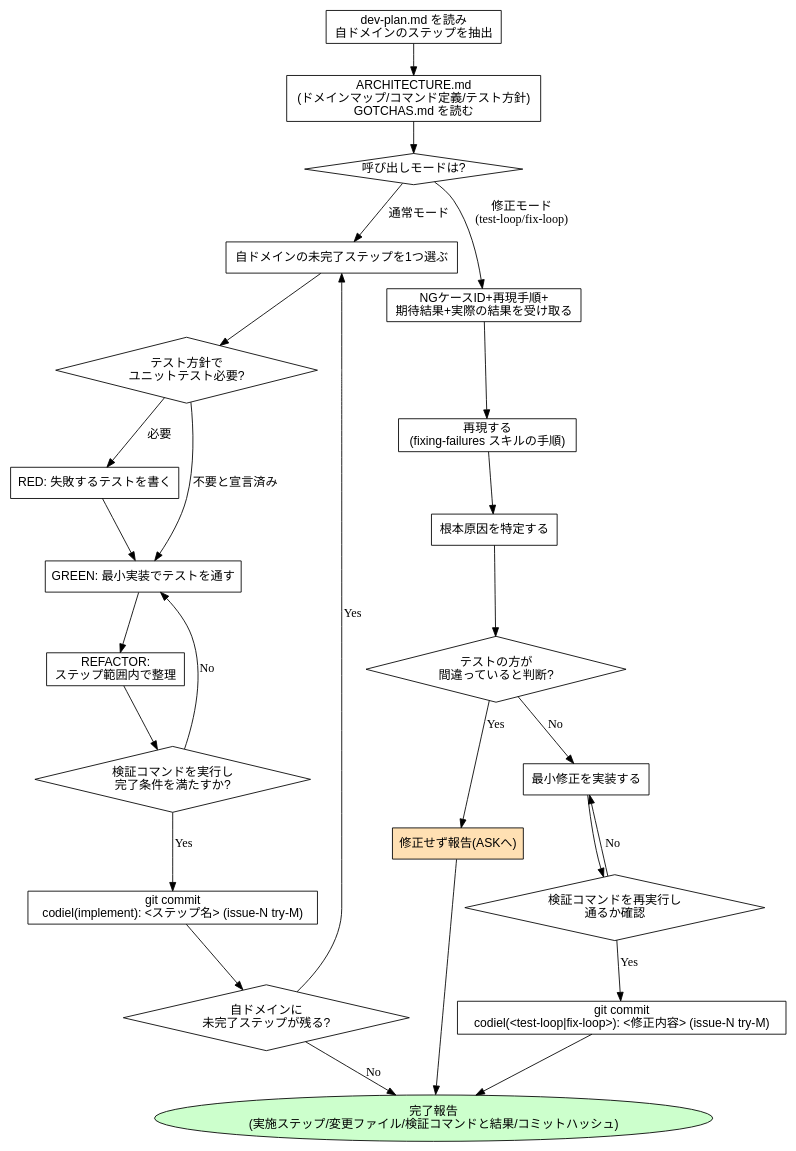
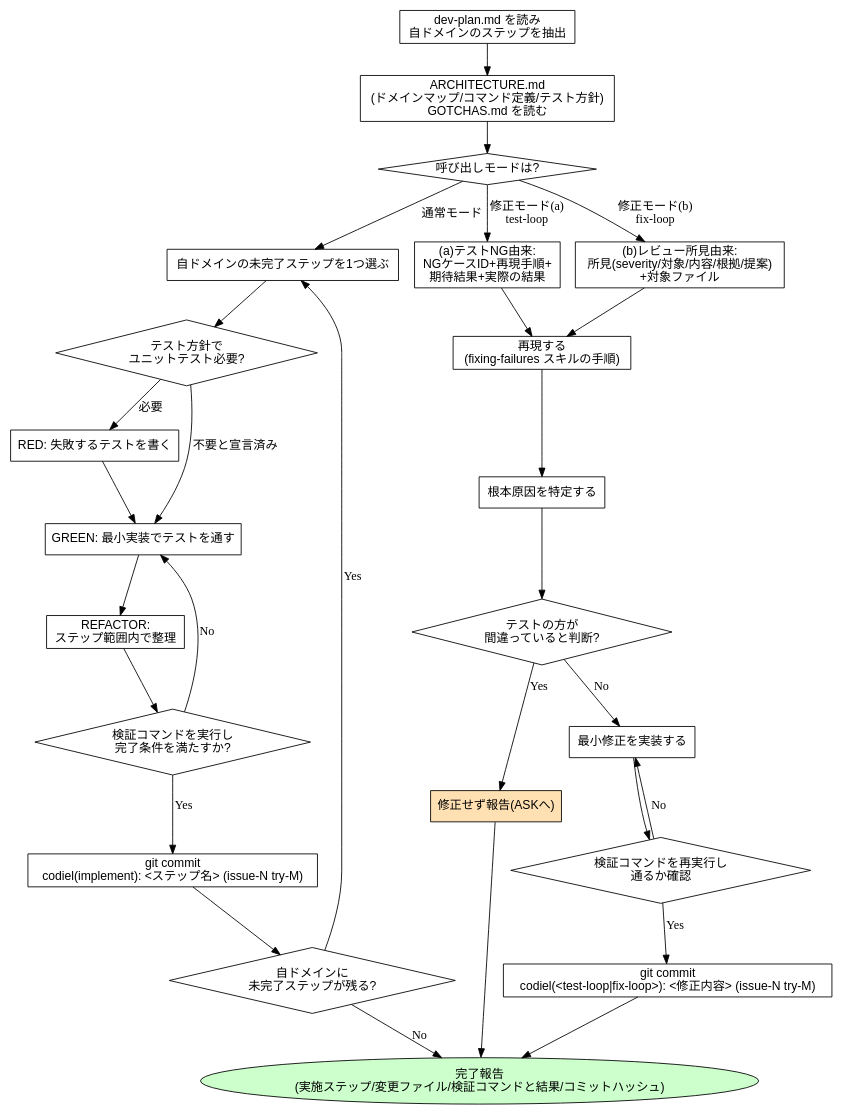
Before and after one commit to Amatsuka-kobo/amatsuka-claude-plugins: the diagram in plugins/codiel/skills/implementing/SKILL.md, drawn with Graphviz. The commit also changed other lines of this file and 3 other files, not shown here.

````diff
--- a/plugins/codiel/skills/implementing/SKILL.md
+++ b/plugins/codiel/skills/implementing/SKILL.md
@@ -108,53 +113,57 @@
 ```dot
 digraph implementing {
   rankdir=TB;
   node [fontname="sans-serif"];
 
   read_plan [label="dev-plan.md を読み\n自ドメインのステップを抽出", shape=box];
   read_arch [label="ARCHITECTURE.md\n(ドメインマップ/コマンド定義/テスト方針)\nGOTCHAS.md を読む", shape=box];
   mode [label="呼び出しモードは?", shape=diamond];
 
   next_step [label="自ドメインの未完了ステップを1つ選ぶ", shape=box];
   need_test [label="テスト方針で\nユニットテスト必要?", shape=diamond];
   red [label="RED: 失敗するテストを書く", shape=box];
   green [label="GREEN: 最小実装でテストを通す", shape=box];
   refactor [label="REFACTOR:\nステップ範囲内で整理", shape=box];
   verify [label="検証コマンドを実行し\n完了条件を満たすか?", shape=diamond];
   commit_step [label="git commit\ncodiel(implement): <ステップ名> (issue-N try-M)", shape=box];
   more_steps [label="自ドメインに\n未完了ステップが残る?", shape=diamond];
 
-  receive [label="NGケースID+再現手順+\n期待結果+実際の結果を受け取る", shape=box];
+  receive_a [label="(a)テストNG由来:\nNGケースID+再現手順+\n期待結果+実際の結果", shape=box];
+  receive_b [label="(b)レビュー所見由来:\n所見(severity/対象/内容/根拠/提案)\n+対象ファイル", shape=box];
   reproduce [label="再現する\n(fixing-failures スキルの手順)", shape=box];
   root_cause [label="根本原因を特定する", shape=box];
   spec_wrong [label="テストの方が\n間違っていると判断?", shape=diamond];
   escalate [label="修正せず報告(ASKへ)", shape=box, style=filled, fillcolor="#ffe0b3"];
   minimal_fix [label="最小修正を実装する", shape=box];
   verify_fix [label="検証コマンドを再実行し\n通るか確認", shape=diamond];
   commit_fix [label="git commit\ncodiel(<test-loop|fix-loop>): <修正内容> (issue-N try-M)", shape=box];
 
   report [label="完了報告\n(実施ステップ/変更ファイル/検証コマンドと結果/コミットハッシュ)", shape=ellipse, style=filled, fillcolor="#ccffcc"];
 
   read_plan -> read_arch -> mode;
   mode -> next_step [label="通常モード"];
-  mode -> receive [label="修正モード\n(test-loop/fix-loop)"];
+  mode -> receive_a [label="修正モード(a)\ntest-loop"];
+  mode -> receive_b [label="修正モード(b)\nfix-loop"];
 
   next_step -> need_test;
   need_test -> red [label="必要"];
   need_test -> green [label="不要と宣言済み"];
   red -> green -> refactor -> verify;
   verify -> green [label="No"];
   verify -> commit_step [label="Yes"];
   commit_step -> more_steps;
   more_steps -> next_step [label="Yes"];
   more_steps -> report [label="No"];
 
-  receive -> reproduce -> root_cause -> spec_wrong;
+  receive_a -> reproduce;
+  receive_b -> reproduce;
+  reproduce -> root_cause -> spec_wrong;
   spec_wrong -> escalate [label="Yes"];
   spec_wrong -> minimal_fix [label="No"];
   minimal_fix -> verify_fix;
   verify_fix -> minimal_fix [label="No"];
   verify_fix -> commit_fix [label="Yes"];
   commit_fix -> report;
   escalate -> report;
 }
 ```
````
